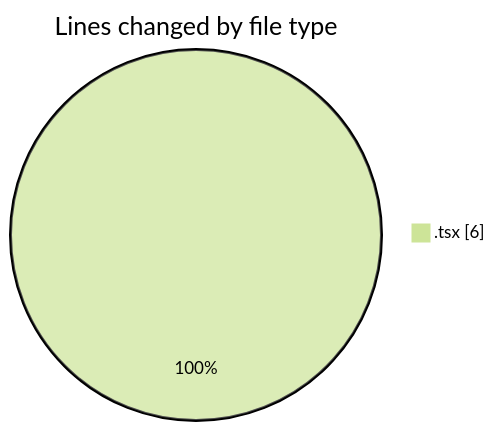
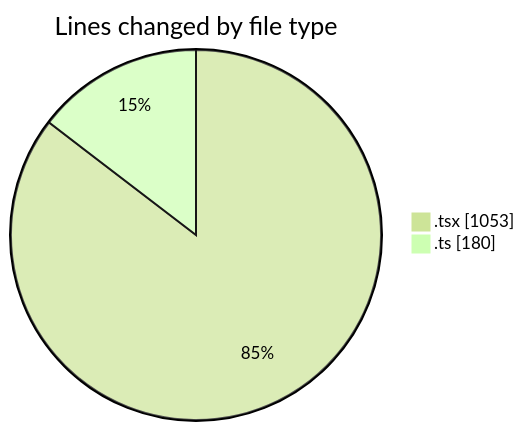
Before and after one commit to robertbonfada/code-tracking: the first of 2 diagrams in 2025-02-18/mbc-web/README.md, drawn with Mermaid (forest theme). The commit also changed other lines of this file and 1 other file, not shown here.

````diff
--- a/2025-02-18/mbc-web/README.md
+++ b/2025-02-18/mbc-web/README.md
@@ -20,5 +23,6 @@
 ```mermaid
 pie showData
 title Lines changed by file type
-".tsx" : 6
+".tsx" : 1053
+".ts" : 180
 ```
````
